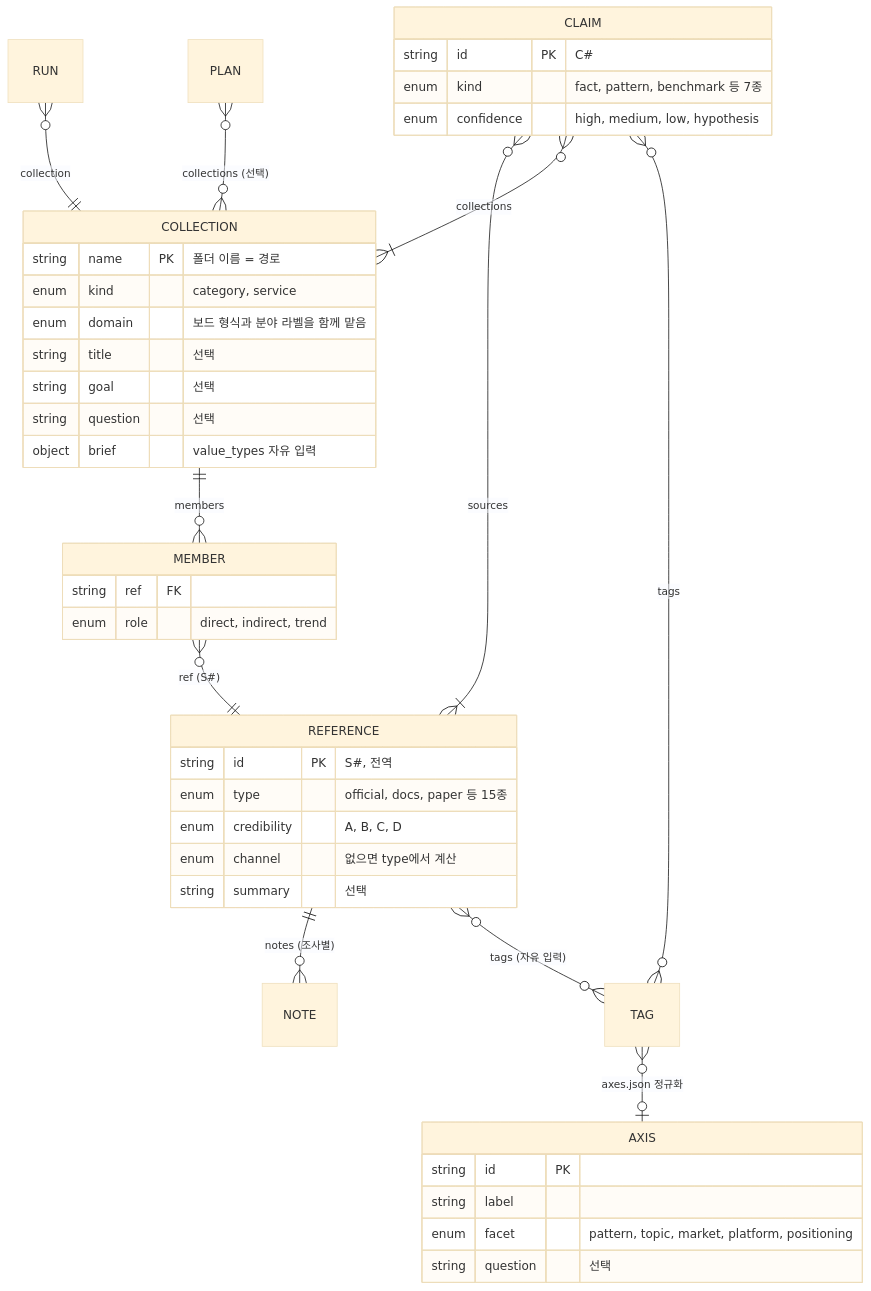
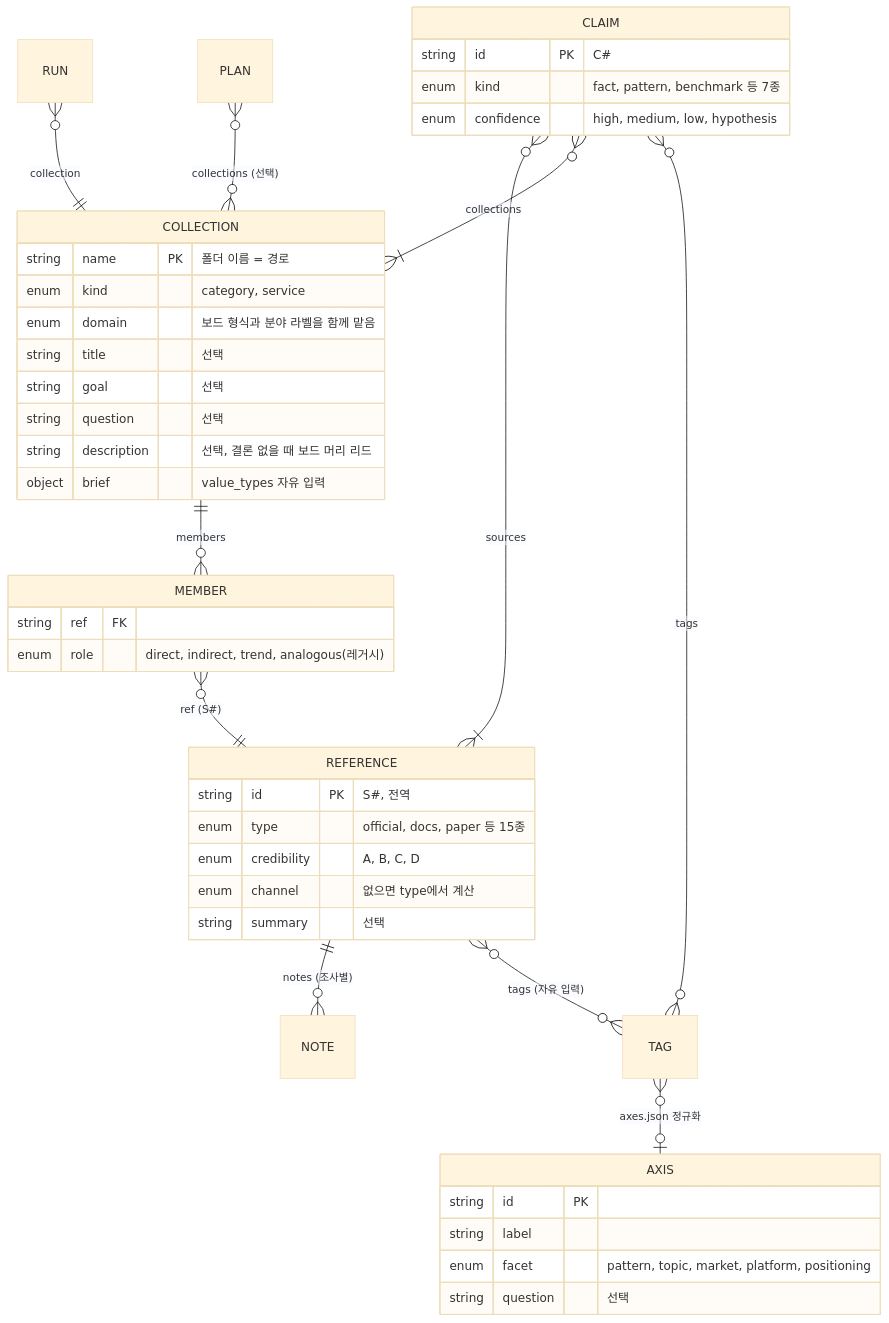
The first of 4 diagrams in docs/DATA-MODEL.md (Fox-Yeom/reference-research), drawn with Mermaid (base theme) before and after one commit. The commit also changed other lines of this file, not shown here.

````diff
--- a/docs/DATA-MODEL.md
+++ b/docs/DATA-MODEL.md
@@ -22,45 +22,46 @@
 ```mermaid
 erDiagram
   COLLECTION ||--o{ MEMBER : "members"
   MEMBER }o--|| REFERENCE : "ref (S#)"
   REFERENCE ||--o{ NOTE : "notes (조사별)"
   REFERENCE }o--o{ TAG : "tags (자유 입력)"
   TAG }o--o| AXIS : "axes.json 정규화"
   CLAIM }o--|{ REFERENCE : "sources"
   CLAIM }o--|{ COLLECTION : "collections"
   CLAIM }o--o{ TAG : "tags"
   RUN }o--|| COLLECTION : "collection"
   PLAN }o--o{ COLLECTION : "collections (선택)"
 
   COLLECTION {
     string name PK "폴더 이름 = 경로"
     enum kind "category, service"
     enum domain "보드 형식과 분야 라벨을 함께 맡음"
     string title "선택"
     string goal "선택"
     string question "선택"
+    string description "선택, 결론 없을 때 보드 머리 리드"
     object brief "value_types 자유 입력"
   }
   MEMBER {
     string ref FK
-    enum role "direct, indirect, trend"
+    enum role "direct, indirect, trend, analogous(레거시)"
   }
   REFERENCE {
     string id PK "S#, 전역"
     enum type "official, docs, paper 등 15종"
     enum credibility "A, B, C, D"
     enum channel "없으면 type에서 계산"
     string summary "선택"
   }
   AXIS {
     string id PK
     string label
     enum facet "pattern, topic, market, platform, positioning"
     string question "선택"
   }
   CLAIM {
     string id PK "C#"
     enum kind "fact, pattern, benchmark 등 7종"
     enum confidence "high, medium, low, hypothesis"
   }
 ```
````
